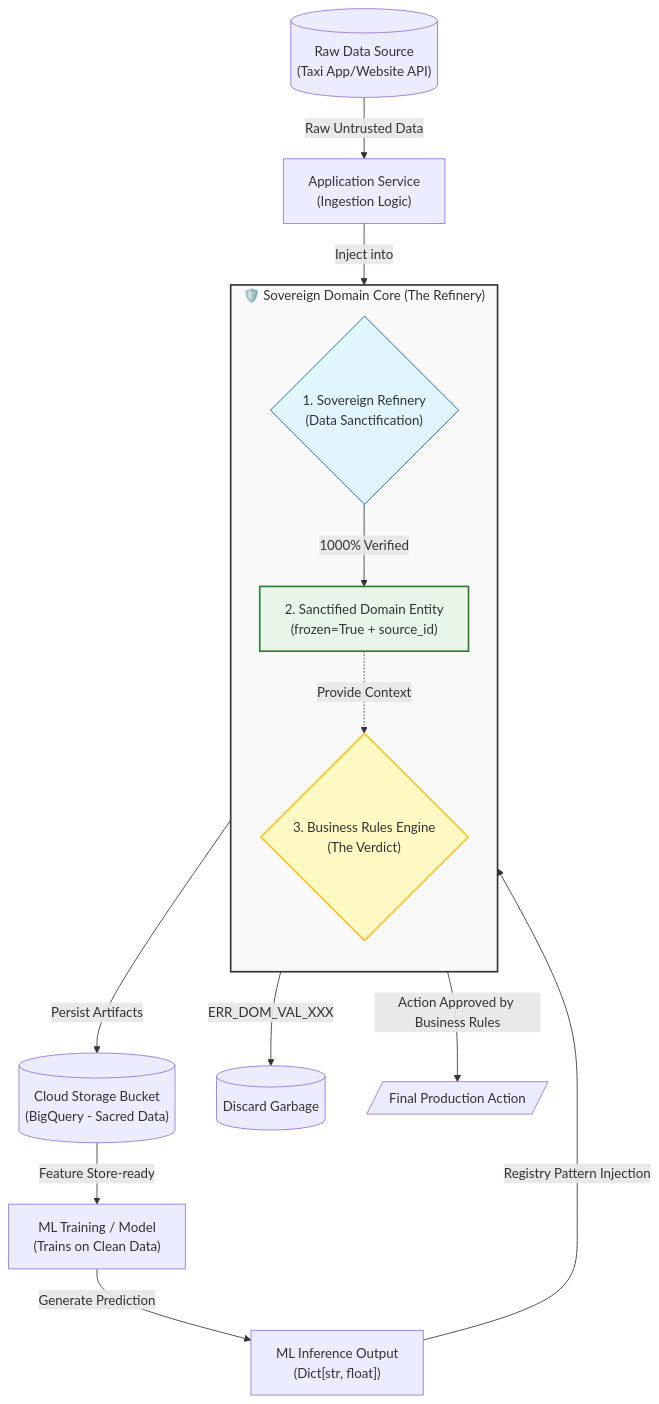
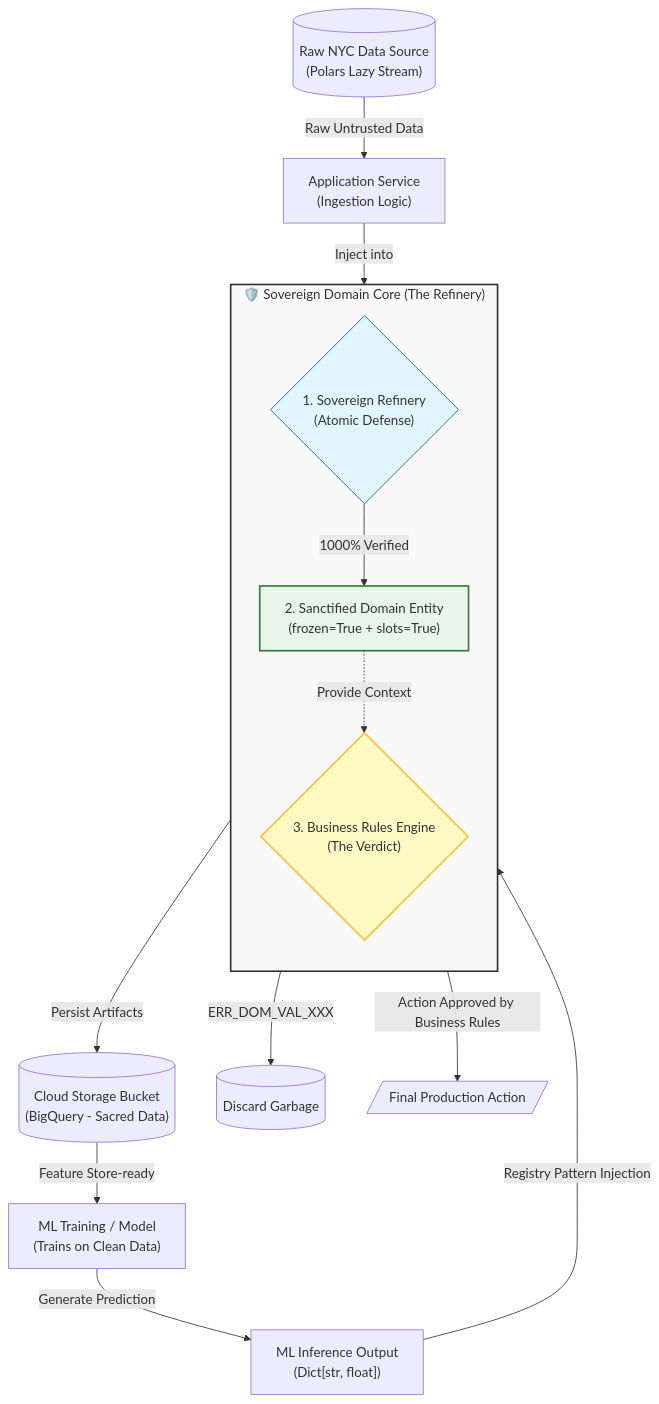
Before and after one commit to Ali-Ahmed-nour/nyc-taxi-duration-mlops-hexagonal-system: the diagram in README.md, drawn with Mermaid. The commit also changed other lines of this file and 8 other files, not shown here.

````diff
--- a/README.md
+++ b/README.md
@@ -22,43 +22,43 @@
 ```mermaid
 graph TD
     %% Source Layer
-    RawSource[("Raw Data Source<br/>(Taxi App/Website API)")]
-    
+    RawSource[("Raw NYC Data Source<br/>(Polars Lazy Stream)")]
+
     %% Application Layer - Inbound
     AppLayerIn["Application Service<br/>(Ingestion Logic)"]
-    
+
     subgraph Sovereign_Sanctuary ["🛡️ Sovereign Domain Core (The Refinery)"]
         direction TB
-        EntityValidation{"1. Sovereign Refinery<br/>(Data Sanctification)"}
-        CleanEntity["2. Sanctified Domain Entity<br/>(frozen=True + source_id)"]
+        EntityValidation{"1. Sovereign Refinery<br/>(Atomic Defense)"}
+        CleanEntity["2. Sanctified Domain Entity<br/>(frozen=True + slots=True)"]
         DecisionEngine{"3. Business Rules Engine<br/>(The Verdict)"}
     end
-    
+
     %% Infrastructure Layer - Storage
     BigQuerySink[("Cloud Storage Bucket<br/>(BigQuery - Sacred Data)")]
-    
+
     %% ML Layer
     MLBrain["ML Training / Model<br/>(Trains on Clean Data)"]
-    
+
     %% Inference Flow
     MLInference["ML Inference Output<br/>(Dict[str, float])"]
 
     %% Connections
     RawSource -->|Raw Untrusted Data| AppLayerIn
     AppLayerIn -->|Inject into| EntityValidation
     EntityValidation -->|ERR_DOM_VAL_XXX| Reject[("Discard Garbage")]
     EntityValidation -->|1000% Verified| CleanEntity
     CleanEntity -->|Persist Artifacts| BigQuerySink
     BigQuerySink -->|Feature Store-ready| MLBrain
 
     %% Feedback Loop
     MLBrain -->|Generate Prediction| MLInference
     MLInference -->|Registry Pattern Injection| DecisionEngine
     CleanEntity -.->|Provide Context| DecisionEngine
     DecisionEngine -->|Action Approved by Business Rules| FinalOutput[/Final Production Action/]
 
     style Sovereign_Sanctuary fill:#f9f9f9,stroke:#333,stroke-width:2px
     style EntityValidation fill:#e1f5fe,stroke:#01579b
     style CleanEntity fill:#e8f5e9,stroke:#2e7d32,stroke-width:2px
     style DecisionEngine fill:#fff9c4,stroke:#fbc02d,stroke-width:2px
 ```
````
